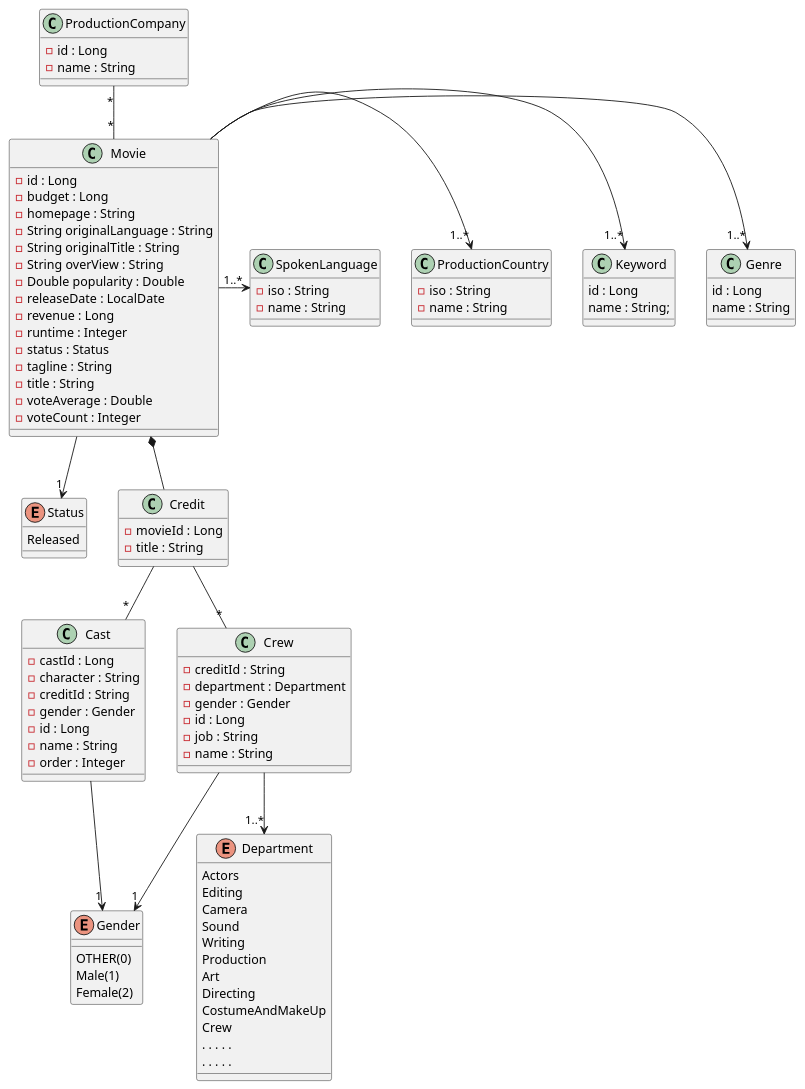
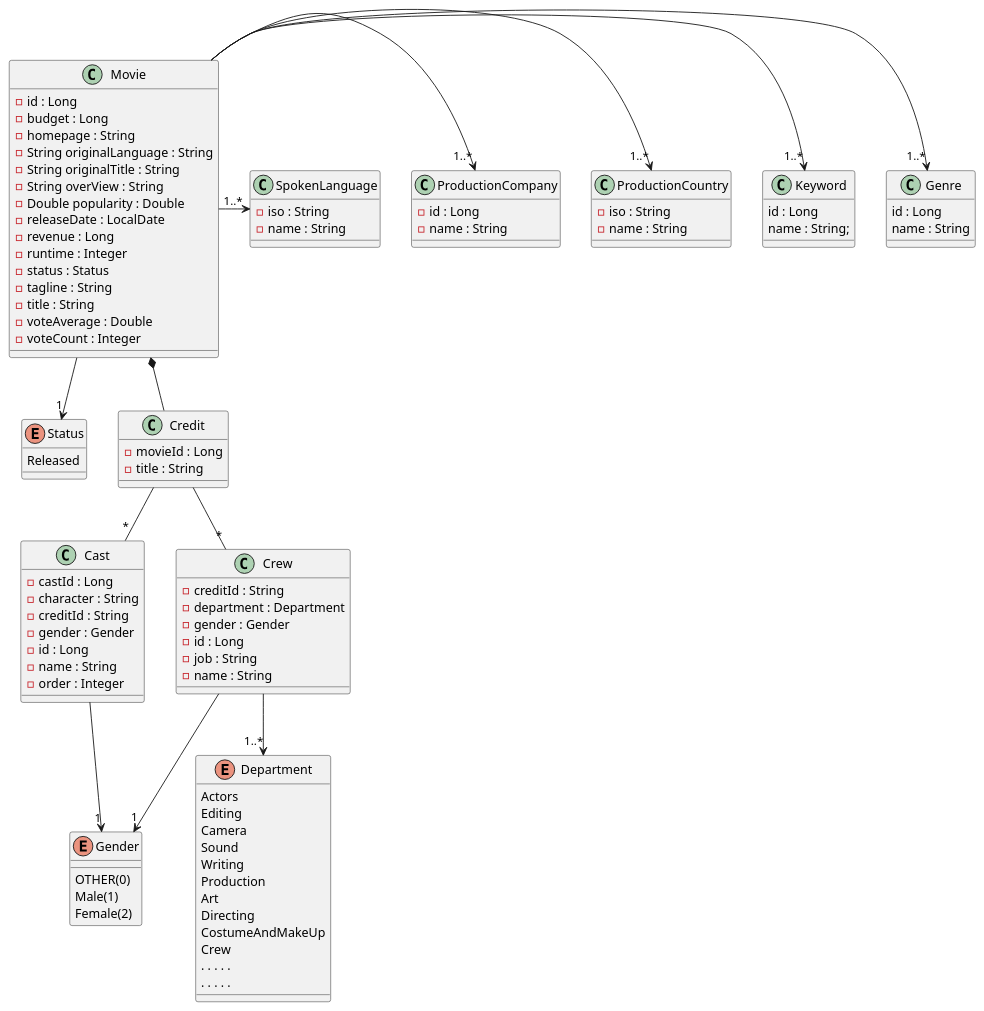
The diagram in src/main/resources/class.puml (rimonmostafiz/fp-movies), drawn with PlantUML before and after one commit. The commit also changed 1 other file, not shown here.

Commit message:
Update class diagram and import png

```diff
--- a/src/main/resources/class.puml
+++ b/src/main/resources/class.puml
@@ -1,107 +1,108 @@
 @startuml
 skinparam minClassWidth 50
 
 class Movie {
     - id : Long
     - budget : Long
     - homepage : String
     - String originalLanguage : String
     - String originalTitle : String
     - String overView : String
     - Double popularity : Double
     - releaseDate : LocalDate
     - revenue : Long
     - runtime : Integer
     - status : Status
     - tagline : String
     - title : String
     - voteAverage : Double
     - voteCount : Integer
 }
 
 class Genre {
     id : Long
     name : String
 }
 
 class Keyword {
     id : Long
     name : String;
 }
 
 enum Gender {
     OTHER(0)
     Male(1)
     Female(2)
 }
 
 class ProductionCompany {
     - id : Long
     - name : String
 }
 
 class ProductionCountry {
     - iso : String
     - name : String
 }
 
 class SpokenLanguage {
     - iso : String
     - name : String
 }
 
 enum Status {
     Released
 }
 
 class Credit {
     - movieId : Long
     - title : String
 }
 
 class Cast {
     - castId : Long
     - character : String
     - creditId : String
     - gender : Gender
     - id : Long
     - name : String
     - order : Integer
 }
 
 class Crew {
     - creditId : String
     - department : Department
     - gender : Gender
     - id : Long
     - job : String
     - name : String
 }
 
 enum Department {
     Actors
     Editing
     Camera
     Sound
     Writing
     Production
     Art
     Directing
     CostumeAndMakeUp
     Crew
     . . . . .
     . . . . .
 }
-ProductionCompany"*" -- "*" Movie
+
 Movie -> "1..*" Genre
 Movie -> "1..*" Keyword
 Movie -> "1..*" ProductionCountry
+Movie -> "1..*" ProductionCompany
 Movie -> "1..*" SpokenLanguage
 Movie *-- Credit
 Movie --> "1" Status
 Credit -- "*" Crew
 Credit -- "*" Cast
 Crew --> "1..*" Department
 Crew --> "1" Gender
 Cast --> "1" Gender
 @enduml
```
